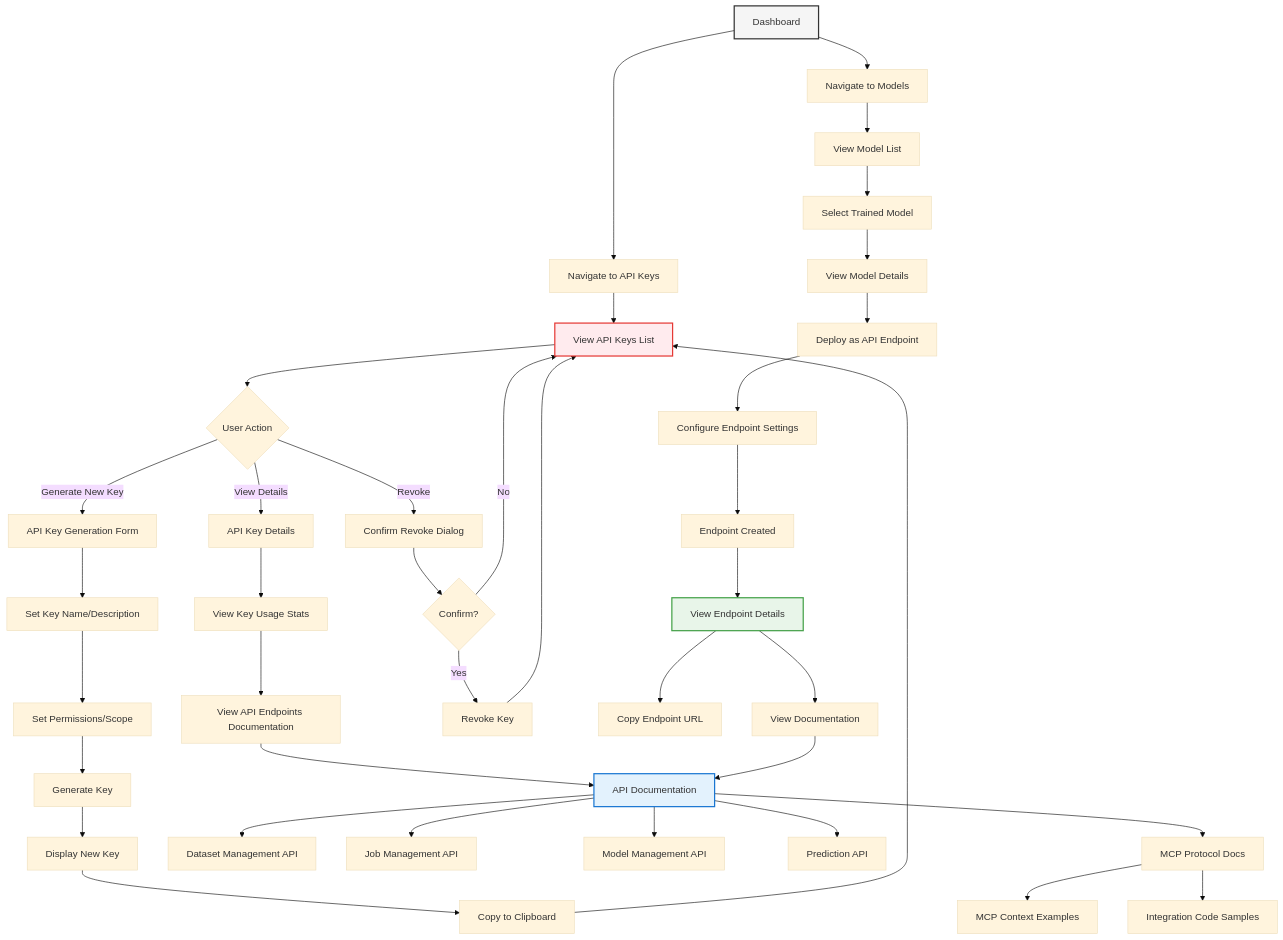
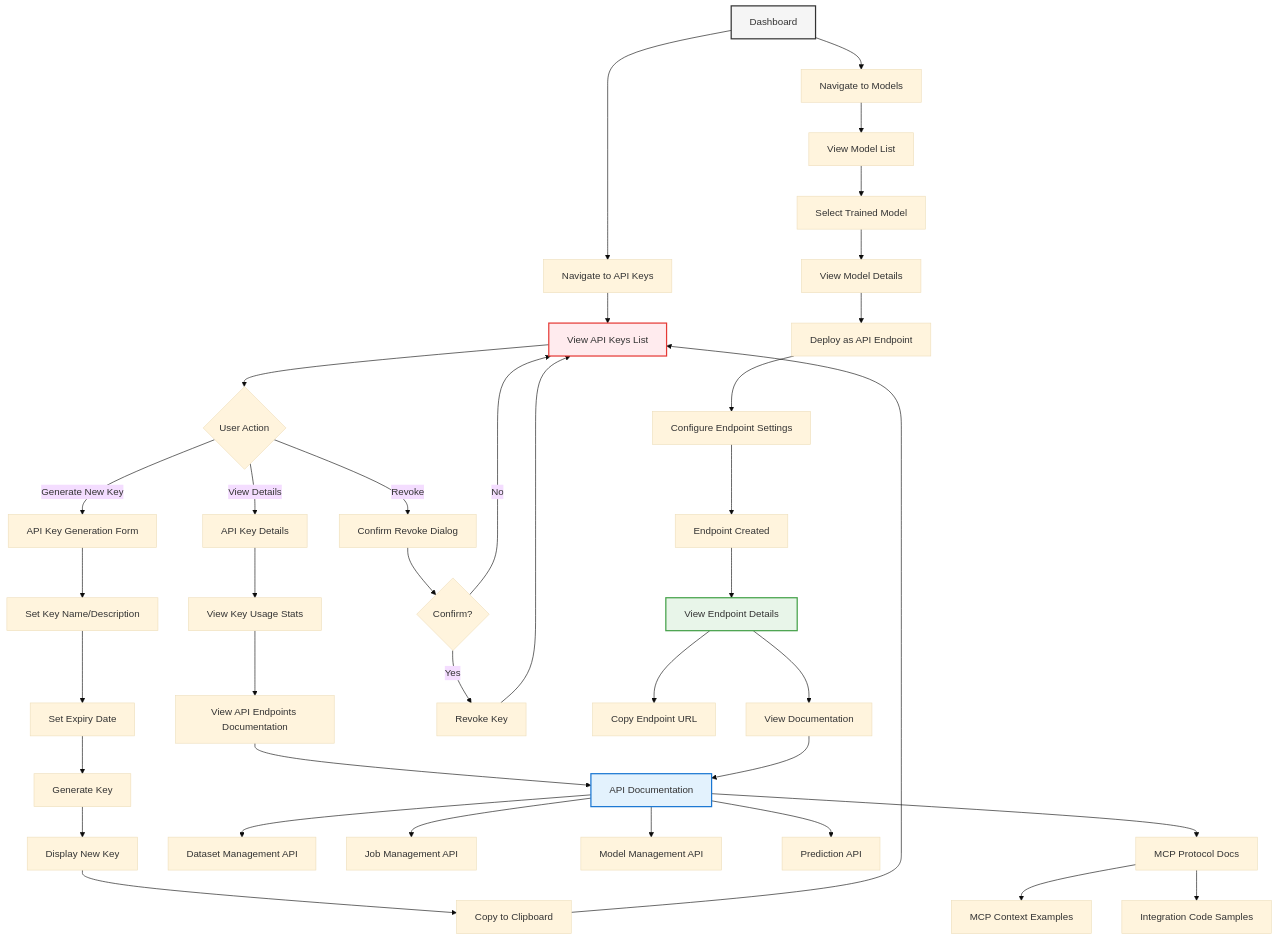
The diagram in docs/user_flow_designs/5_api-mcp-integration-flow.md (htnminh/packageml), drawn with Mermaid (base theme) before and after one commit. The commit also changed other lines of this file and 2 other files, not shown here.

Commit message:
edit flows

````diff
--- a/docs/user_flow_designs/5_api-mcp-integration-flow.md
+++ b/docs/user_flow_designs/5_api-mcp-integration-flow.md
@@ -1,51 +1,51 @@
 ```mermaid
 graph TD
     A[Dashboard] --> B[Navigate to API Keys]
     B --> C[View API Keys List]
     C --> D{User Action}
     D -->|Generate New Key| E[API Key Generation Form]
     D -->|View Details| F[API Key Details]
     D -->|Revoke| G[Confirm Revoke Dialog]
     
     E --> H[Set Key Name/Description]
-    H --> I[Set Permissions/Scope]
+    H --> I[Set Expiry Date]
     I --> J[Generate Key]
     J --> K[Display New Key]
     K --> L[Copy to Clipboard]
     L --> C
     
     F --> M[View Key Usage Stats]
     M --> N[View API Endpoints Documentation]
     
     G --> O{Confirm?}
     O -->|Yes| P[Revoke Key]
     O -->|No| C
     P --> C
     
     A --> Q[Navigate to Models]
     Q --> R[View Model List]
     R --> S[Select Trained Model]
     S --> T[View Model Details]
     T --> U[Deploy as API Endpoint]
     U --> V[Configure Endpoint Settings]
     V --> W[Endpoint Created]
     W --> X[View Endpoint Details]
     X --> Y[Copy Endpoint URL]
     X --> Z[View Documentation]
     
     N --> AA[API Documentation]
     Z --> AA
     AA --> AB[Dataset Management API]
     AA --> AC[Job Management API]
     AA --> AD[Model Management API]
     AA --> AE[Prediction API]
     AA --> AF[MCP Protocol Docs]
     
     AF --> AG[MCP Context Examples]
     AF --> AH[Integration Code Samples]
     
     style A fill:#f5f5f5,stroke:#333,stroke-width:2px
     style C fill:#ffebee,stroke:#e53935,stroke-width:2px
     style X fill:#e8f5e9,stroke:#43a047,stroke-width:2px
     style AA fill:#e3f2fd,stroke:#1976d2,stroke-width:2px
 ```
````
